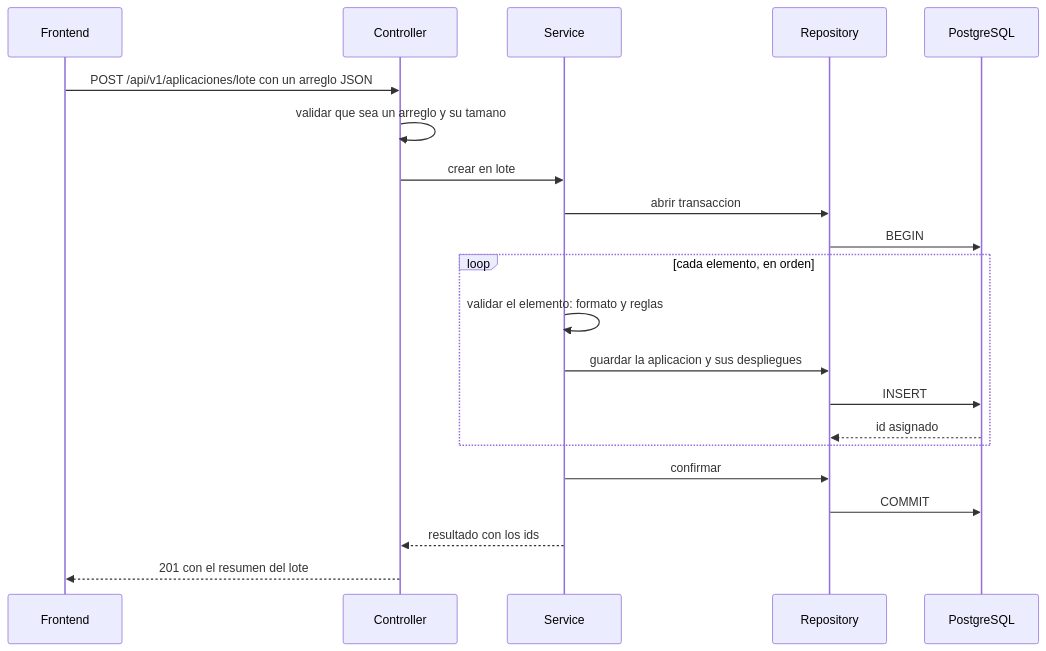
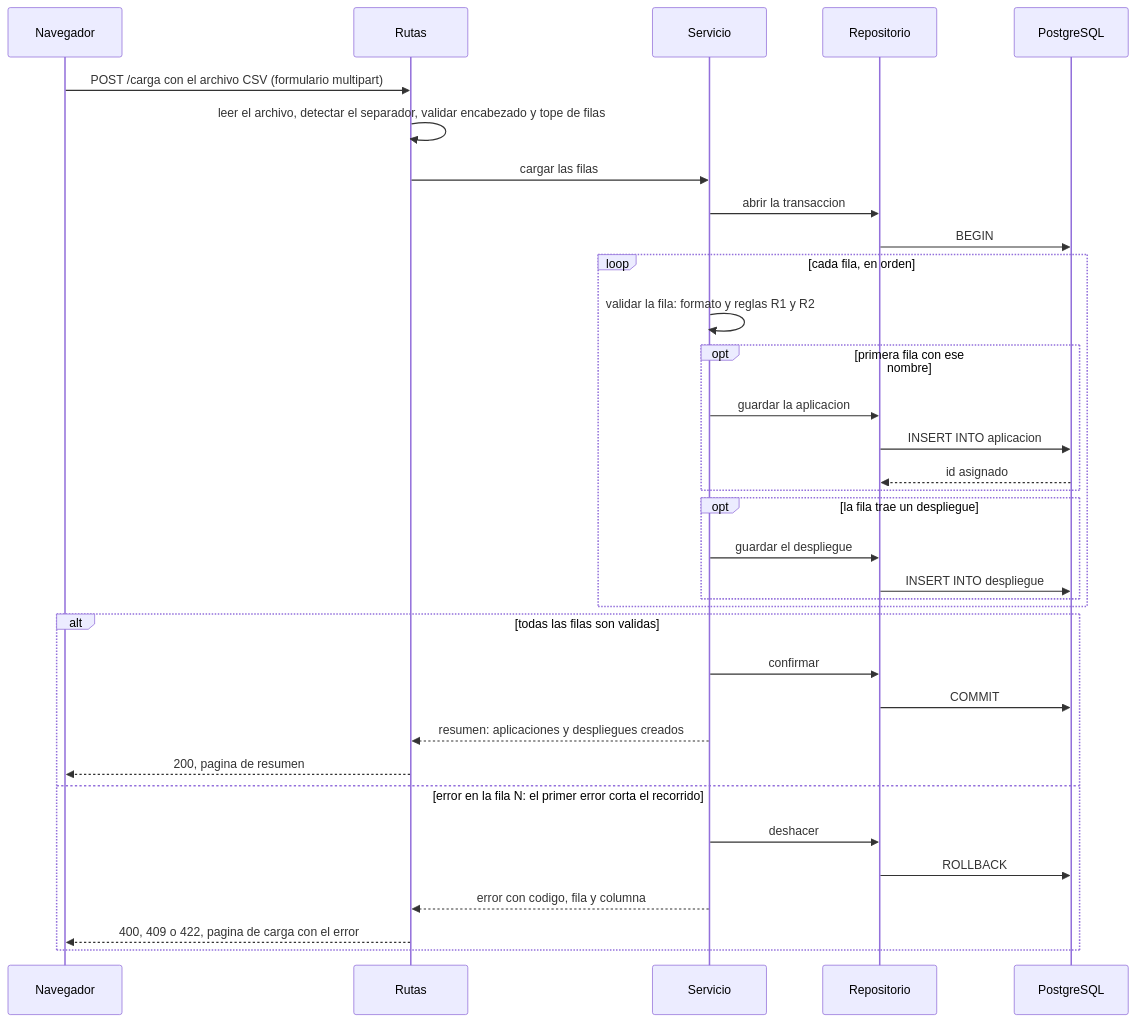
One commit to andresgomezgarcia01/cont-app-soft-u2 changed the third of 3 diagrams in docs/arquitectura.md. Above: the diagram before and after it, drawn with Mermaid. The commit also changed other lines of this file and 40 other files, not shown here.

First line of the commit message:
Monolito en Node.js, carga CSV y entorno simplificado

````diff
--- a/docs/arquitectura.md
+++ b/docs/arquitectura.md
@@ -110,24 +125,37 @@
 ```mermaid
 sequenceDiagram
-    participant F as Frontend
-    participant C as Controller
-    participant S as Service
-    participant R as Repository
+    participant N as Navegador
+    participant Ru as Rutas
+    participant S as Servicio
+    participant Re as Repositorio
     participant D as PostgreSQL
 
-    F->>C: POST /api/v1/aplicaciones/lote con un arreglo JSON
-    C->>C: validar que sea un arreglo y su tamano
-    C->>S: crear en lote
-    S->>R: abrir transaccion
-    R->>D: BEGIN
-    loop cada elemento, en orden
-        S->>S: validar el elemento: formato y reglas
-        S->>R: guardar la aplicacion y sus despliegues
-        R->>D: INSERT
-        D-->>R: id asignado
+    N->>Ru: POST /carga con el archivo CSV (formulario multipart)
+    Ru->>Ru: leer el archivo, detectar el separador, validar encabezado y tope de filas
+    Ru->>S: cargar las filas
+    S->>Re: abrir la transaccion
+    Re->>D: BEGIN
+    loop cada fila, en orden
+        S->>S: validar la fila: formato y reglas R1 y R2
+        opt primera fila con ese nombre
+            S->>Re: guardar la aplicacion
+            Re->>D: INSERT INTO aplicacion
+            D-->>Re: id asignado
+        end
+        opt la fila trae un despliegue
+            S->>Re: guardar el despliegue
+            Re->>D: INSERT INTO despliegue
+        end
     end
-    S->>R: confirmar
-    R->>D: COMMIT
-    S-->>C: resultado con los ids
-    C-->>F: 201 con el resumen del lote
+    alt todas las filas son validas
+        S->>Re: confirmar
+        Re->>D: COMMIT
+        S-->>Ru: resumen: aplicaciones y despliegues creados
+        Ru-->>N: 200, pagina de resumen
+    else error en la fila N: el primer error corta el recorrido
+        S->>Re: deshacer
+        Re->>D: ROLLBACK
+        S-->>Ru: error con codigo, fila y columna
+        Ru-->>N: 400, 409 o 422, pagina de carga con el error
+    end
 ```
````
